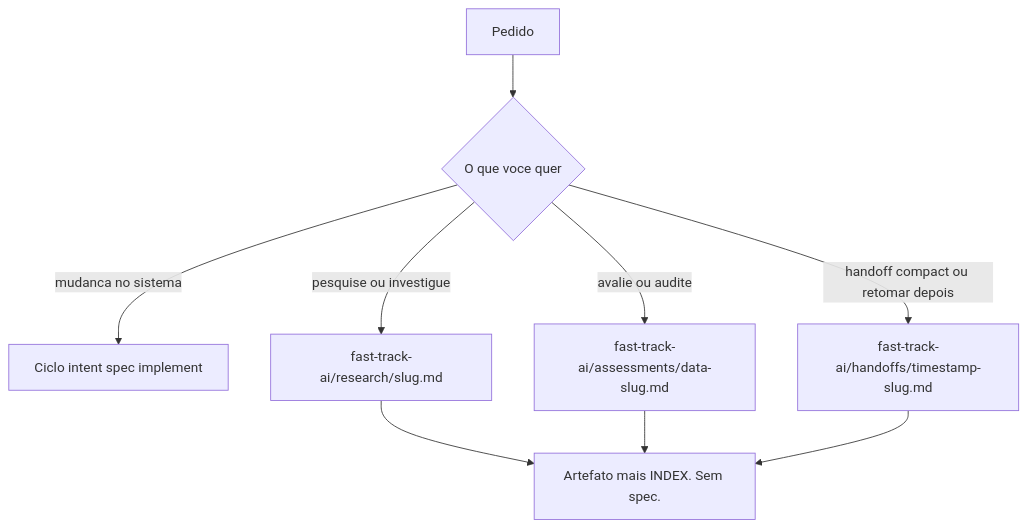
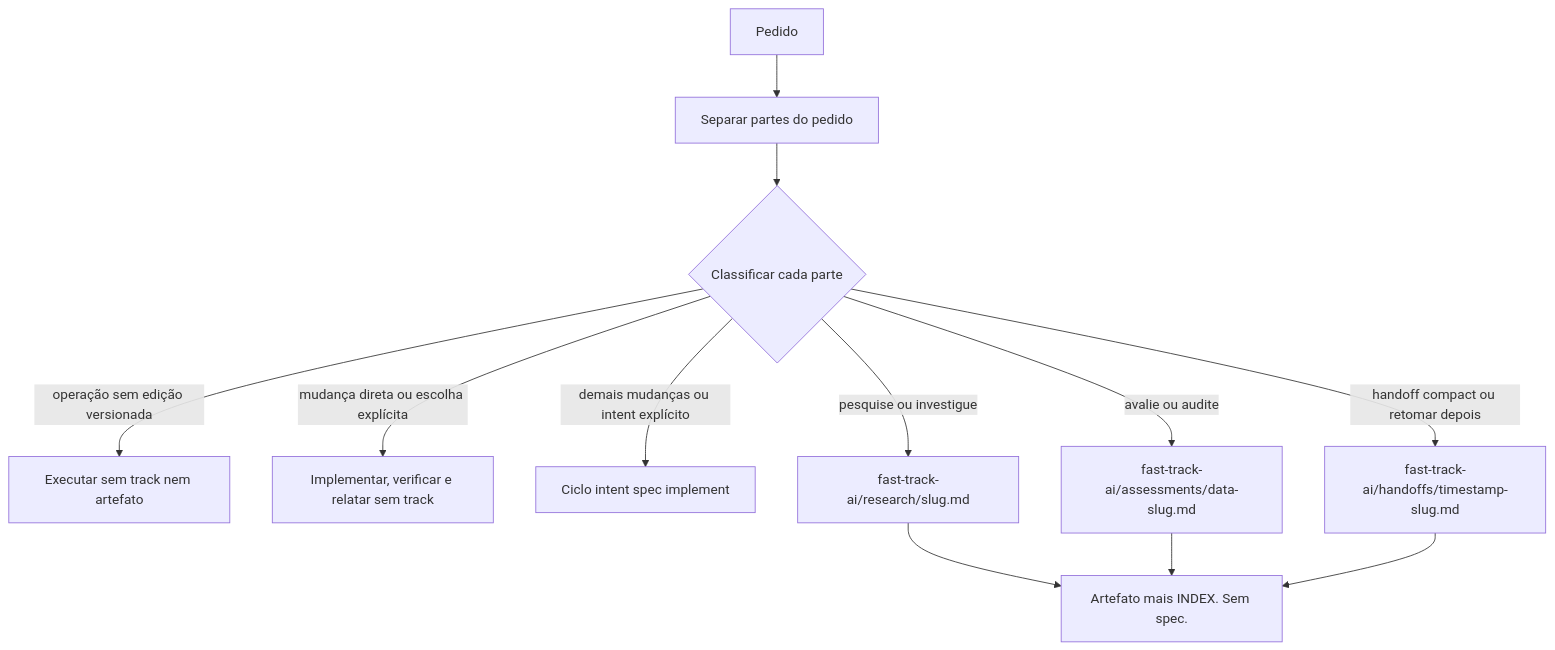
Before and after one commit to jotafurtado/on-track: the third of 6 diagrams in docs/technical-guide.md, drawn with Mermaid. The commit also changed other lines of this file and 7 other files, not shown here.

````diff
--- a/docs/technical-guide.md
+++ b/docs/technical-guide.md
@@ -110,11 +110,14 @@
 ```mermaid
 flowchart TD
-  pedido["Pedido"] --> tipo{"O que voce quer"}
-  tipo -->|"mudanca no sistema"| ciclo["Ciclo intent spec implement"]
+  pedido["Pedido"] --> partes["Separar partes do pedido"]
+  partes --> tipo{"Classificar cada parte"}
+  tipo -->|"operação sem edição versionada"| operacao["Executar sem track nem artefato"]
+  tipo -->|"mudança direta ou escolha explícita"| direta["Implementar, verificar e relatar sem track"]
+  tipo -->|"demais mudanças ou intent explícito"| ciclo["Ciclo intent spec implement"]
   tipo -->|"pesquise ou investigue"| research["fast-track-ai/research/slug.md"]
   tipo -->|"avalie ou audite"| assess["fast-track-ai/assessments/data-slug.md"]
   tipo -->|"handoff compact ou retomar depois"| handoff["fast-track-ai/handoffs/timestamp-slug.md"]
   research --> pare["Artefato mais INDEX. Sem spec."]
   assess --> pare
   handoff --> pare
 ```
````
